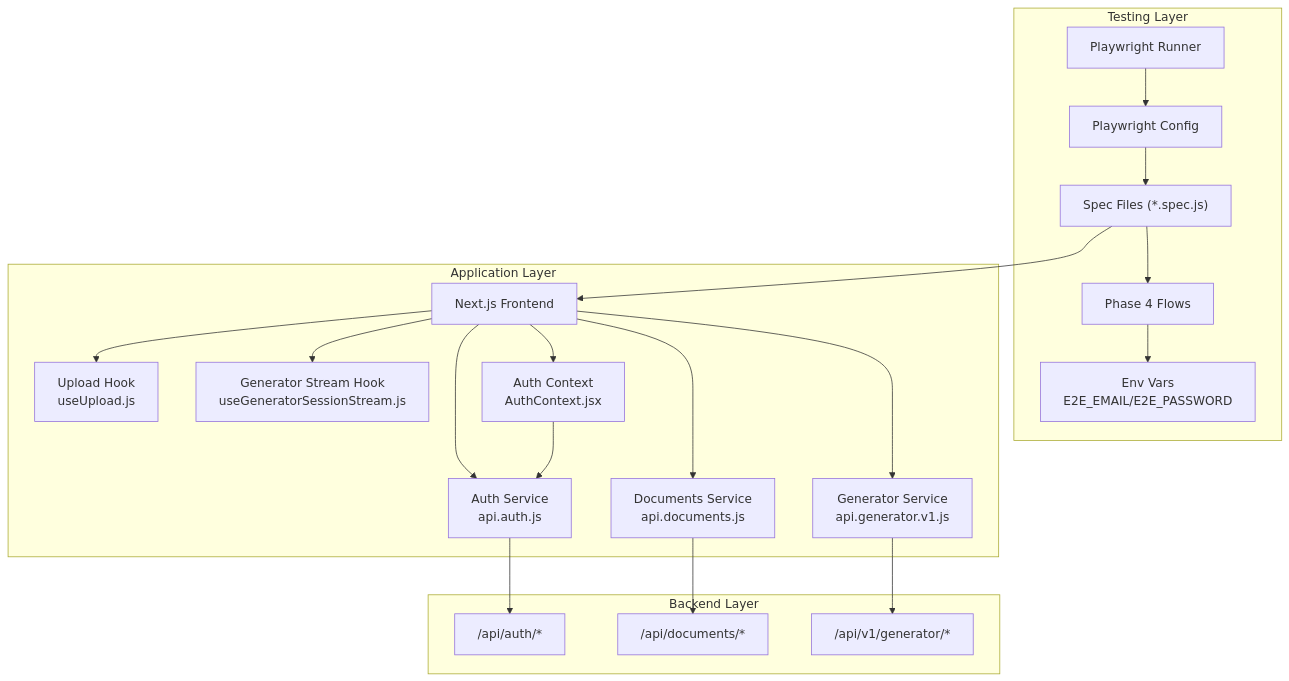
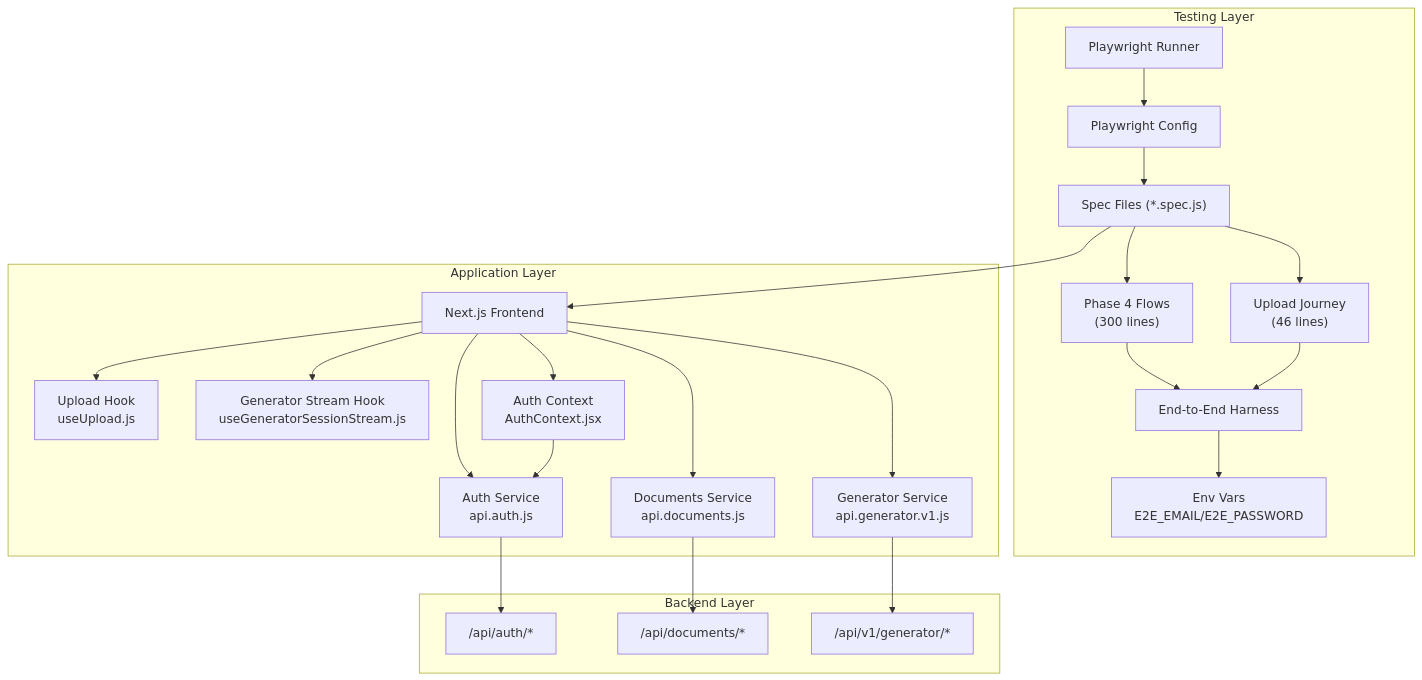
The second of 12 diagrams in .qoder/repowiki/en/content/Testing Strategy/Frontend Testing/Playwright End-to-End Testing.md (rohitkumarnaidu/-Auto-AI-Automated-Academic-Docx-Manuscript-Formatter), drawn with Mermaid before and after one commit. The commit also changed other lines of this file and 160 other files, not shown here.

````diff
--- a/.qoder/repowiki/en/content/Testing Strategy/Frontend Testing/Playwright End-to-End Testing.md
+++ b/.qoder/repowiki/en/content/Testing Strategy/Frontend Testing/Playwright End-to-End Testing.md
@@ -102,39 +110,44 @@
 ```mermaid
 graph TB
 subgraph "Testing Layer"
 PW["Playwright Runner"]
 CFG["Playwright Config"]
 SPEC["Spec Files (*.spec.js)"]
-PHASE4["Phase 4 Flows"]
+PHASE4["Phase 4 Flows<br/>(300 lines)"]
+UPLOAD["Upload Journey<br/>(46 lines)"]
 ENV["Env Vars<br/>E2E_EMAIL/E2E_PASSWORD"]
+END_TO_END["End-to-End Harness"]
 end
 subgraph "Application Layer"
 NEXT["Next.js Frontend"]
 AUTH["Auth Service<br/>api.auth.js"]
 DOCS["Documents Service<br/>api.documents.js"]
 GEN["Generator Service<br/>api.generator.v1.js"]
 UPLOAD_HOOK["Upload Hook<br/>useUpload.js"]
 GEN_STREAM["Generator Stream Hook<br/>useGeneratorSessionStream.js"]
 AUTH_CTX["Auth Context<br/>AuthContext.jsx"]
 end
 subgraph "Backend Layer"
 API_AUTH["/api/auth/*"]
 API_DOCS["/api/documents/*"]
 API_GEN["/api/v1/generator/*"]
 end
 PW --> CFG
 CFG --> SPEC
 SPEC --> PHASE4
-PHASE4 --> ENV
+SPEC --> UPLOAD
+PHASE4 --> END_TO_END
+UPLOAD --> END_TO_END
+END_TO_END --> ENV
 SPEC --> NEXT
 NEXT --> AUTH
 NEXT --> DOCS
 NEXT --> GEN
 DOCS --> API_DOCS
 GEN --> API_GEN
 AUTH --> API_AUTH
 NEXT --> UPLOAD_HOOK
 NEXT --> GEN_STREAM
 NEXT --> AUTH_CTX
 AUTH_CTX --> AUTH
 ```
````
